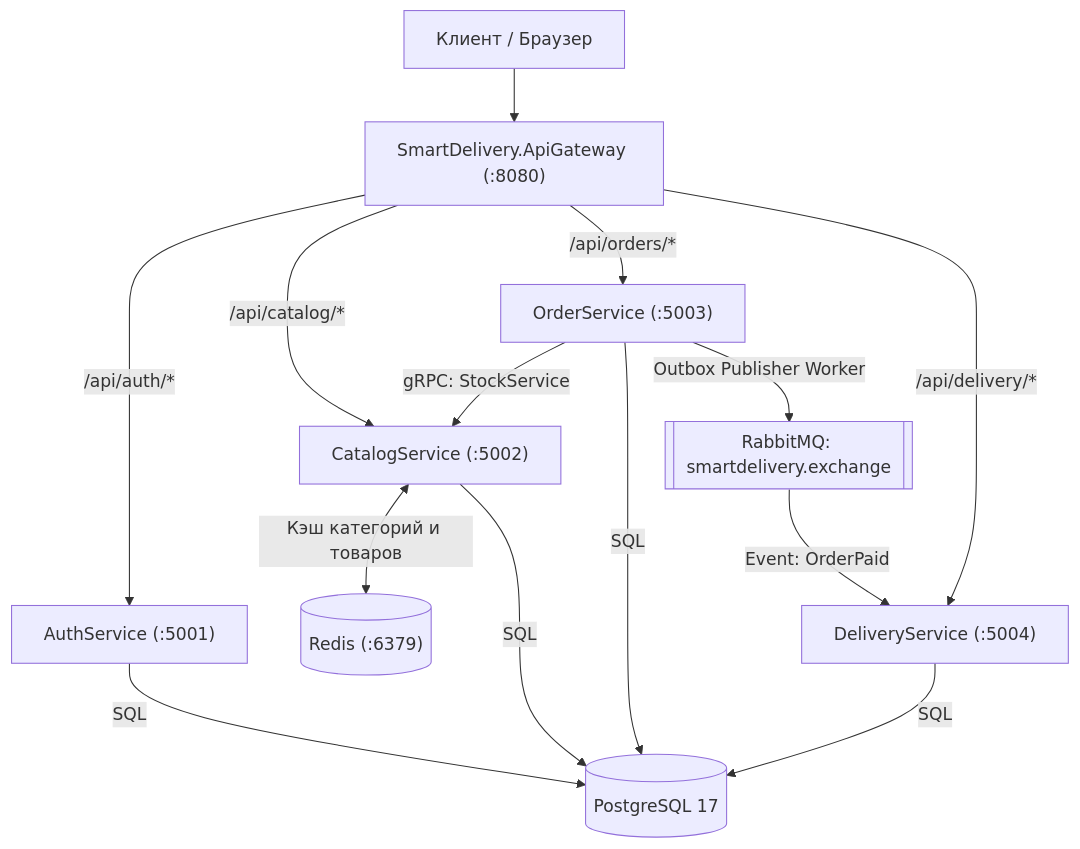
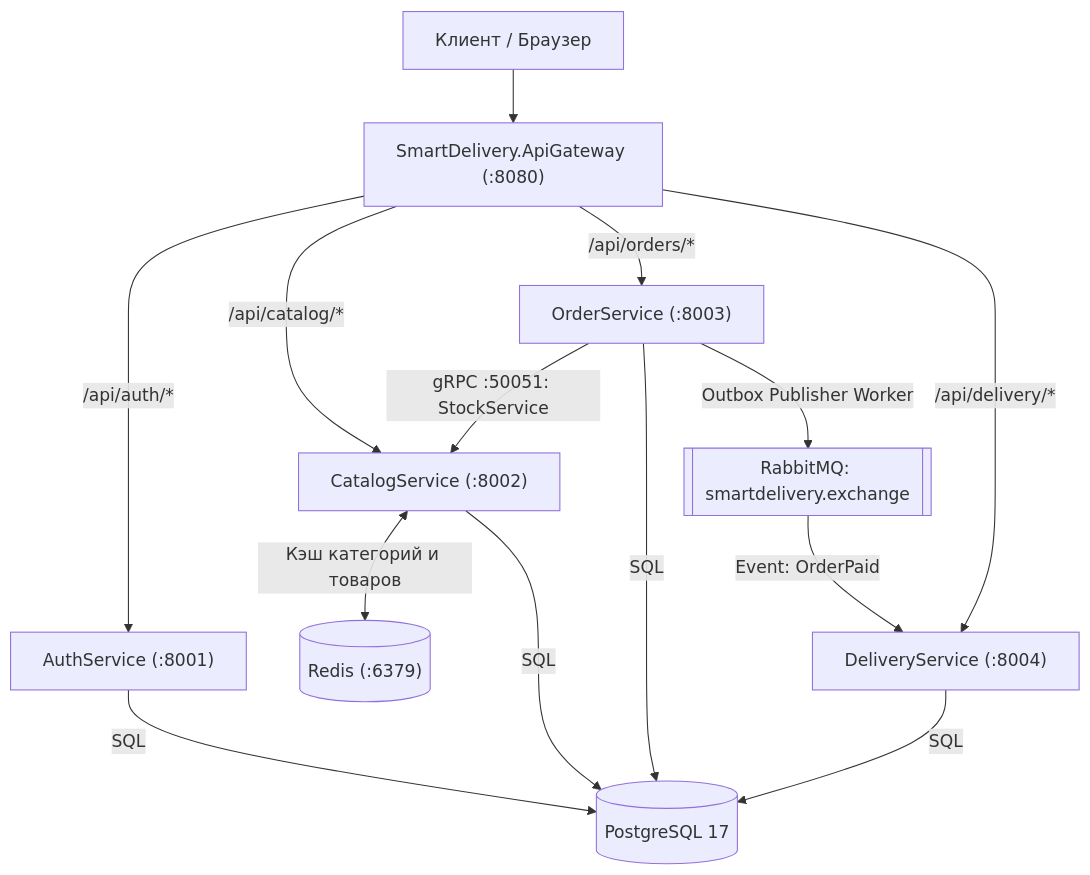
The diagram in README.md (Katik007/smart-delivery), drawn with Mermaid before and after one commit. The commit also changed other lines of this file and 142 other files, not shown here.

Commit message:
feat: migrate SmartDelivery microservices to Python (FastAPI, Redis, RabbitMQ, gRPC)

````diff
--- a/README.md
+++ b/README.md
@@ -53,19 +53,19 @@
 ```mermaid
 flowchart TD
     Client["Клиент / Браузер"] --> Gateway["SmartDelivery.ApiGateway (:8080)"]
-    Gateway -->|/api/auth/*| Auth["AuthService (:5001)"]
-    Gateway -->|/api/catalog/*| Catalog["CatalogService (:5002)"]
-    Gateway -->|/api/orders/*| Order["OrderService (:5003)"]
-    Gateway -->|/api/delivery/*| Delivery["DeliveryService (:5004)"]
+    Gateway -->|/api/auth/*| Auth["AuthService (:8001)"]
+    Gateway -->|/api/catalog/*| Catalog["CatalogService (:8002)"]
+    Gateway -->|/api/orders/*| Order["OrderService (:8003)"]
+    Gateway -->|/api/delivery/*| Delivery["DeliveryService (:8004)"]
 
-    Order -->|gRPC: StockService| Catalog
+    Order -->|gRPC :50051: StockService| Catalog
     Catalog <-->|Кэш категорий и товаров| Redis[("Redis (:6379)")]
 
     Order -->|SQL| PG[("PostgreSQL 17")]
     Catalog -->|SQL| PG
     Auth -->|SQL| PG
     Delivery -->|SQL| PG
 
     Order -->|Outbox Publisher Worker| RabbitMQ[["RabbitMQ: smartdelivery.exchange"]]
     RabbitMQ -->|Event: OrderPaid| Delivery
 ```
````
